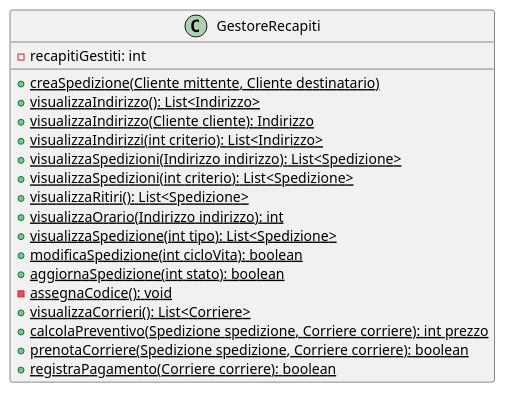
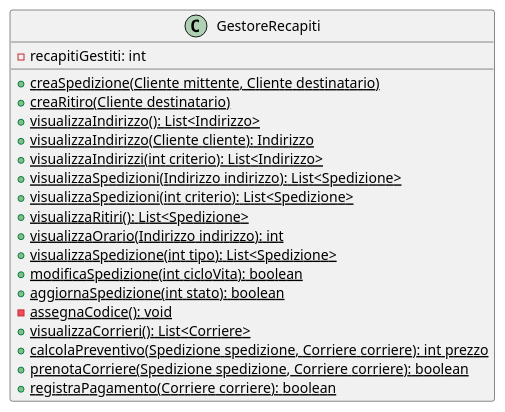
One commit to Zi0LEO/SistemiInformativi changed the diagram in report/umlDiagrams/classDiagram.puml. Above: the diagram before and after it, drawn with PlantUML. The commit also changed 2 other files, not shown here.

```diff
--- a/report/umlDiagrams/classDiagram.puml
+++ b/report/umlDiagrams/classDiagram.puml
@@ -1,22 +1,23 @@
 @startuml
 class GestoreRecapiti {
   - recapitiGestiti: int
   {static}{method} + creaSpedizione(Cliente mittente, Cliente destinatario)
+  {static}{method} + creaRitiro(Cliente destinatario)
   {static}{method} + visualizzaIndirizzo(): List<Indirizzo>
   {static}{method} + visualizzaIndirizzo(Cliente cliente): Indirizzo
   {static}{method} + visualizzaIndirizzi(int criterio): List<Indirizzo>
   {static}{method} + visualizzaSpedizioni(Indirizzo indirizzo): List<Spedizione>
   {static}{method} + visualizzaSpedizioni(int criterio): List<Spedizione>
   {static}{method} + visualizzaRitiri(): List<Spedizione>
   {static}{method} + visualizzaOrario(Indirizzo indirizzo): int
   {static}{method} + visualizzaSpedizione(int tipo): List<Spedizione>
   {static}{method} + modificaSpedizione(int cicloVita): boolean
   {static}{method} + aggiornaSpedizione(int stato): boolean
   {static}{method} - assegnaCodice(): void
   {static}{method} + visualizzaCorrieri(): List<Corriere>
   {static}{method} + calcolaPreventivo(Spedizione spedizione, Corriere corriere): int prezzo
   {static}{method} + prenotaCorriere(Spedizione spedizione, Corriere corriere): boolean
   {static}{method} + registraPagamento(Corriere corriere): boolean
 }
 
 @enduml
```
